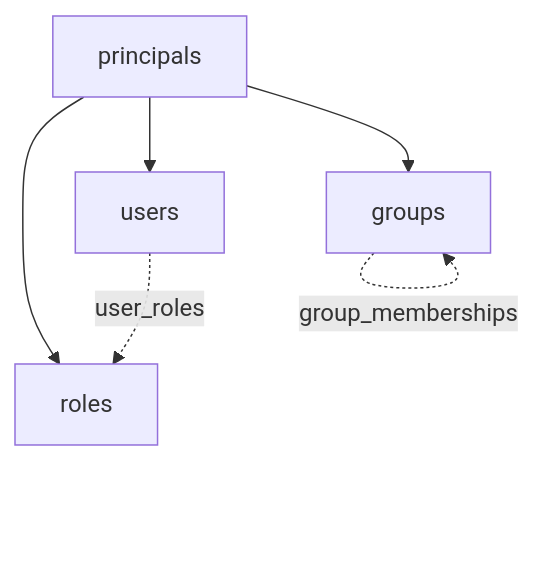
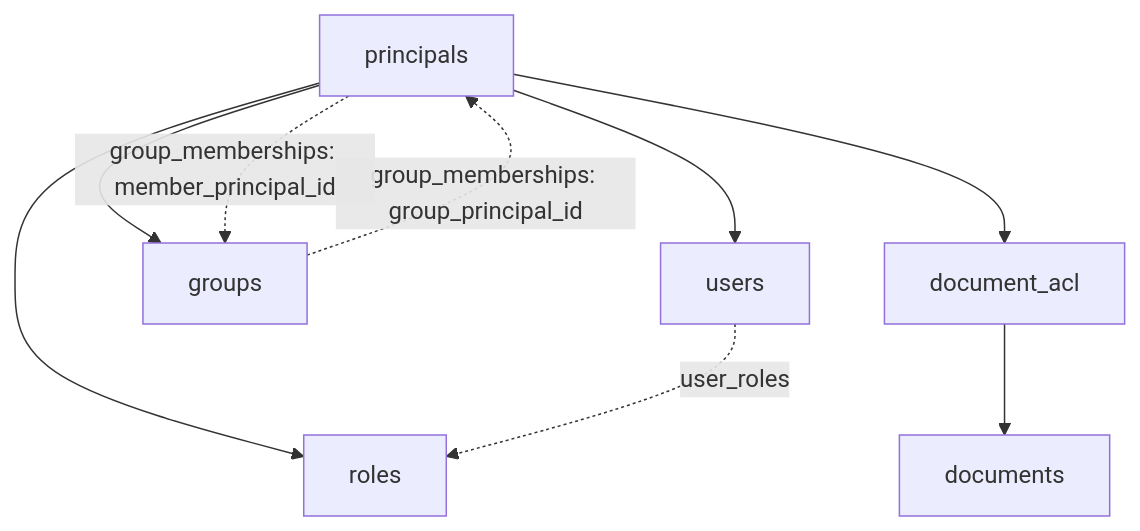
One commit to Yazeedx0/AtlasRAG changed the first of 2 diagrams in docs/diagrams/schema-overview.md. Above: the diagram before and after it, drawn with Mermaid. The commit also changed other lines of this file and 6 other files, not shown here.

Commit message:
refactor: enhance API structure with versioned routing and update schema overview documentation

````diff
--- a/docs/diagrams/schema-overview.md
+++ b/docs/diagrams/schema-overview.md
@@ -46,8 +71,11 @@
 ```mermaid
 flowchart TB
     principals --> users
     principals --> roles
     principals --> groups
-    users -. user_roles .-> roles
-    groups -. group_memberships .-> groups
+    users -. "user_roles" .-> roles
+    groups -. "group_memberships: group_principal_id" .-> principals
+    principals -. "group_memberships: member_principal_id" .-> groups
+    principals --> document_acl["document_acl"]
+    document_acl --> documents
 ```
````
